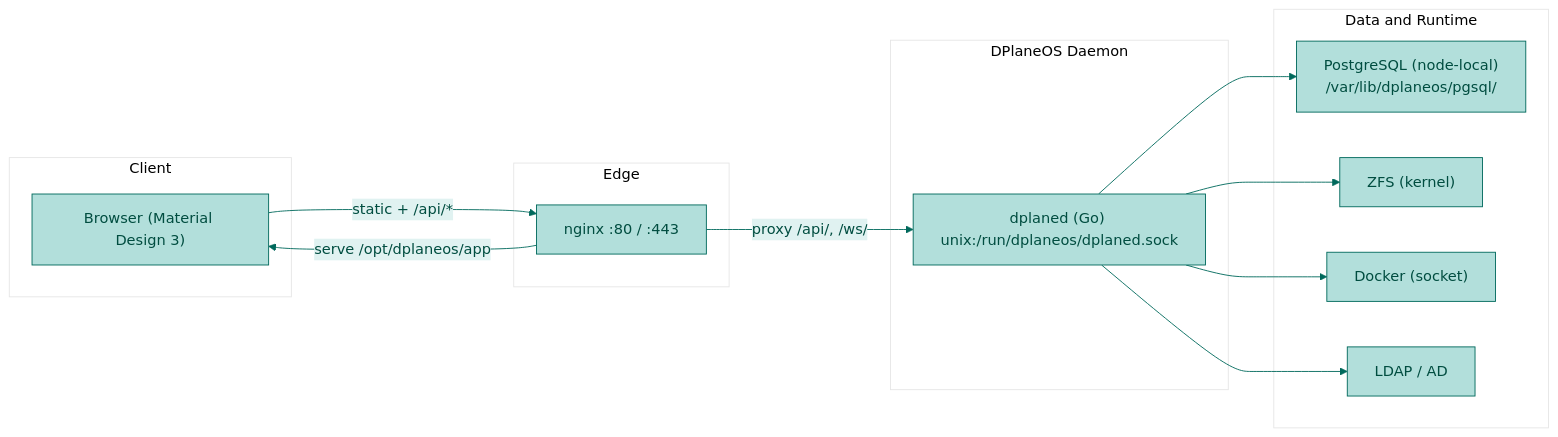
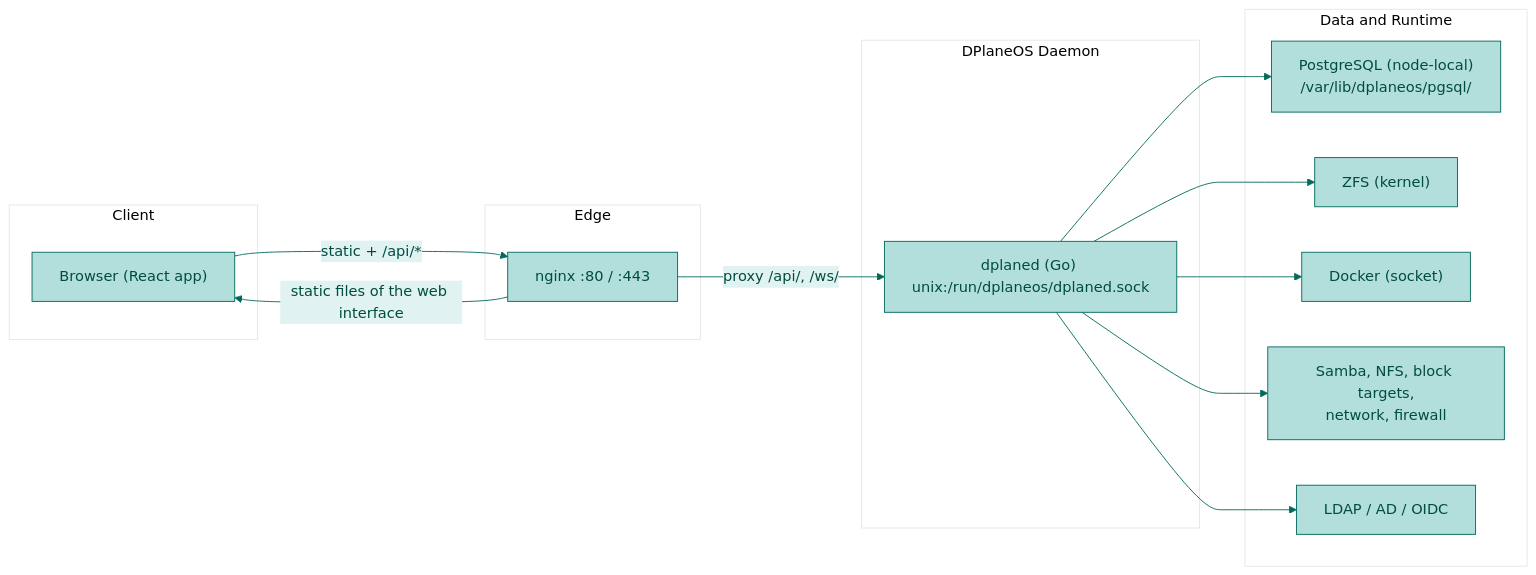
Before and after one commit to 4nonX/DPlaneOS: the first of 7 diagrams in docs/development/CODEBASE-DIAGRAM.md, drawn with Mermaid. The commit also changed other lines of this file and 7 other files, not shown here.

First line of the commit message:
Tests under the race detector; docs: dependencies, hardware, diagrams

````diff
--- a/docs/development/CODEBASE-DIAGRAM.md
+++ b/docs/development/CODEBASE-DIAGRAM.md
@@ -9,30 +9,32 @@
 ```mermaid
 %%{init: {'theme':'base', 'themeVariables': { 'primaryColor':'#b2dfdb', 'primaryTextColor':'#004d40', 'primaryBorderColor':'#00695c', 'lineColor':'#00695c', 'secondaryColor':'#e0f2f1', 'tertiaryColor':'#fff' }}}%%
 flowchart LR
     subgraph Client
-        Browser["Browser (Material Design 3)"]
+        Browser["Browser (React app)"]
     end
 
     subgraph Edge
         nginx["nginx :80 / :443"]
     end
 
     subgraph Backend["DPlaneOS Daemon"]
         dplaned["dplaned (Go) unix:/run/dplaneos/dplaned.sock"]
     end
 
     subgraph Data["Data and Runtime"]
         PostgreSQL["PostgreSQL (node-local)\n/var/lib/dplaneos/pgsql/"]
         ZFS["ZFS (kernel)"]
         Docker["Docker (socket)"]
-        LDAP["LDAP / AD"]
+        Services["Samba, NFS, block targets,\nnetwork, firewall"]
+        LDAP["LDAP / AD / OIDC"]
     end
 
     Browser -->|"static + /api/*"| nginx
     nginx -->|"proxy /api/, /ws/"| dplaned
-    nginx -->|"serve /opt/dplaneos/app"| Browser
+    nginx -->|"static files of the web interface"| Browser
     dplaned --> PostgreSQL
     dplaned --> ZFS
     dplaned --> Docker
+    dplaned --> Services
     dplaned --> LDAP
 ```
````
